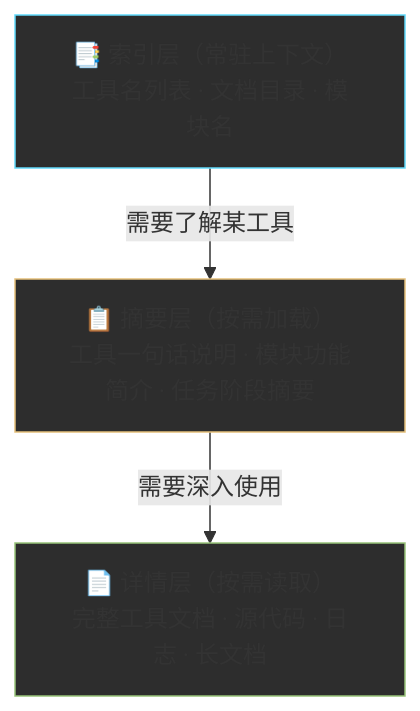
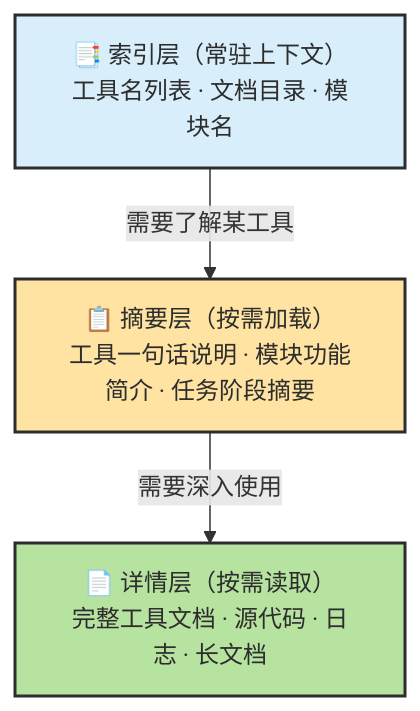
The second of 2 diagrams in docs/chapters/ch04-first-practice.md (zht043/AgenticCodingTutorial), drawn with Mermaid before and after one commit. The commit also changed other lines of this file and 26 other files, not shown here.

````diff
--- a/docs/chapters/ch04-first-practice.md
+++ b/docs/chapters/ch04-first-practice.md
@@ -537,13 +566,13 @@
 ```mermaid
 flowchart TB
-    L1["📑 索引层（常驻上下文）<br/>工具名列表 · 文档目录 · 模块名"]
-    L2["📋 摘要层（按需加载）<br/>工具一句话说明 · 模块功能简介 · 任务阶段摘要"]
-    L3["📄 详情层（按需读取）<br/>完整工具文档 · 源代码 · 日志 · 长文档"]
+    classDef index fill:#d8eefb,stroke:#2d2d2d,stroke-width:2px,color:#2d2d2d
+    classDef summary fill:#ffe3a3,stroke:#2d2d2d,stroke-width:2px,color:#2d2d2d
+    classDef detail fill:#b7e3a1,stroke:#2d2d2d,stroke-width:2px,color:#2d2d2d
+
+    L1["📑 索引层（常驻上下文）<br/>工具名列表 · 文档目录 · 模块名"]:::index
+    L2["📋 摘要层（按需加载）<br/>工具一句话说明 · 模块功能简介 · 任务阶段摘要"]:::summary
+    L3["📄 详情层（按需读取）<br/>完整工具文档 · 源代码 · 日志 · 长文档"]:::detail
 
     L1 -->|"需要了解某工具"| L2
     L2 -->|"需要深入使用"| L3
-
-    style L1 fill:#2d2d2d,stroke:#61dafb
-    style L2 fill:#2d2d2d,stroke:#e5c07b
-    style L3 fill:#2d2d2d,stroke:#98c379
 ```
````
